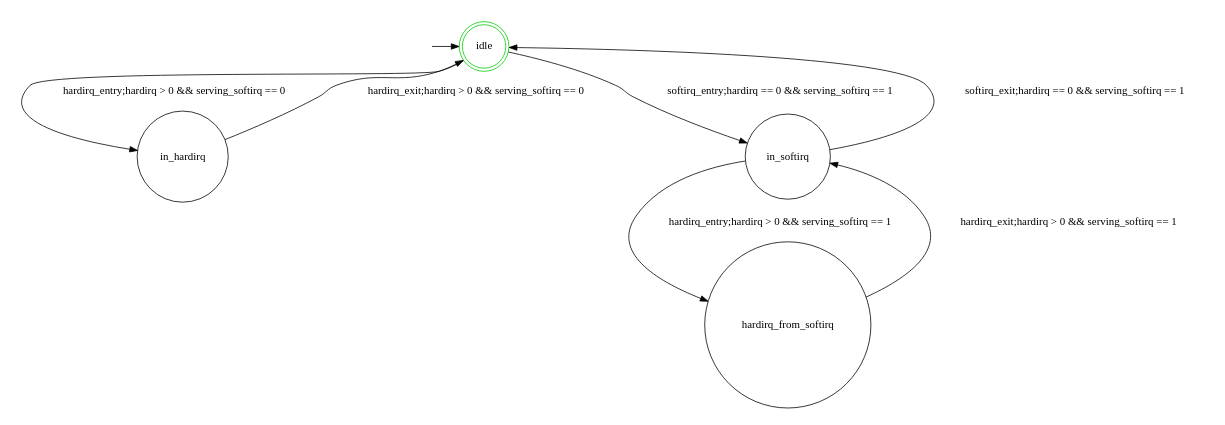
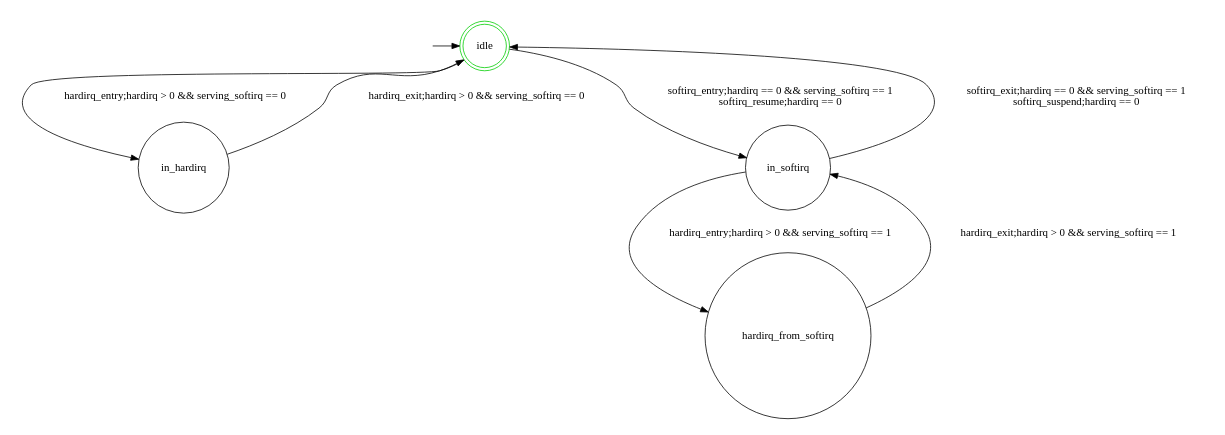
One commit to kmehltretter82/linux changed the diagram in tools/verification/models/irqentry/irqstate.dot. Above: the diagram before and after it, drawn with Graphviz. The commit also changed 3 other files, not shown here.

```diff
--- a/tools/verification/models/irqentry/irqstate.dot
+++ b/tools/verification/models/irqentry/irqstate.dot
@@ -1,24 +1,24 @@
 digraph state_automaton {
 	center = true;
 	size = "7,11";
 	{node [shape = plaintext, style=invis, label=""] "__init_idle"};
 	{node [shape = doublecircle] "idle"};
 	{node [shape = circle] "in_hardirq"};
 	{node [shape = circle] "in_softirq"};
 	{node [shape = circle] "hardirq_from_softirq"};
 	"__init_idle" -> "idle";
 	"idle" [label = "idle", color = green3];
 	"idle" -> "in_hardirq" [ label = "hardirq_entry;hardirq > 0 && serving_softirq == 0" ];
-	"idle" -> "in_softirq" [ label = "softirq_entry;hardirq == 0 && serving_softirq == 1" ];
+	"idle" -> "in_softirq" [ label = "softirq_entry;hardirq == 0 && serving_softirq == 1\nsoftirq_resume;hardirq == 0" ];
 	"in_hardirq" [label = "in_hardirq"];
 	"in_hardirq" -> "idle" [ label = "hardirq_exit;hardirq > 0 && serving_softirq == 0" ];
 	"in_softirq" [label = "in_softirq"];
-	"in_softirq" -> "idle" [ label = "softirq_exit;hardirq == 0 && serving_softirq == 1" ];
+	"in_softirq" -> "idle" [ label = "softirq_exit;hardirq == 0 && serving_softirq == 1\nsoftirq_suspend;hardirq == 0" ];
 	"in_softirq" -> "hardirq_from_softirq" [ label = "hardirq_entry;hardirq > 0 && serving_softirq == 1" ];
 	"hardirq_from_softirq" [label = "hardirq_from_softirq"];
 	"hardirq_from_softirq" -> "in_softirq" [ label = "hardirq_exit;hardirq > 0 && serving_softirq == 1" ];
 	{ rank = min ;
 		"__init_idle";
 		"idle";
 	}
 }
```
